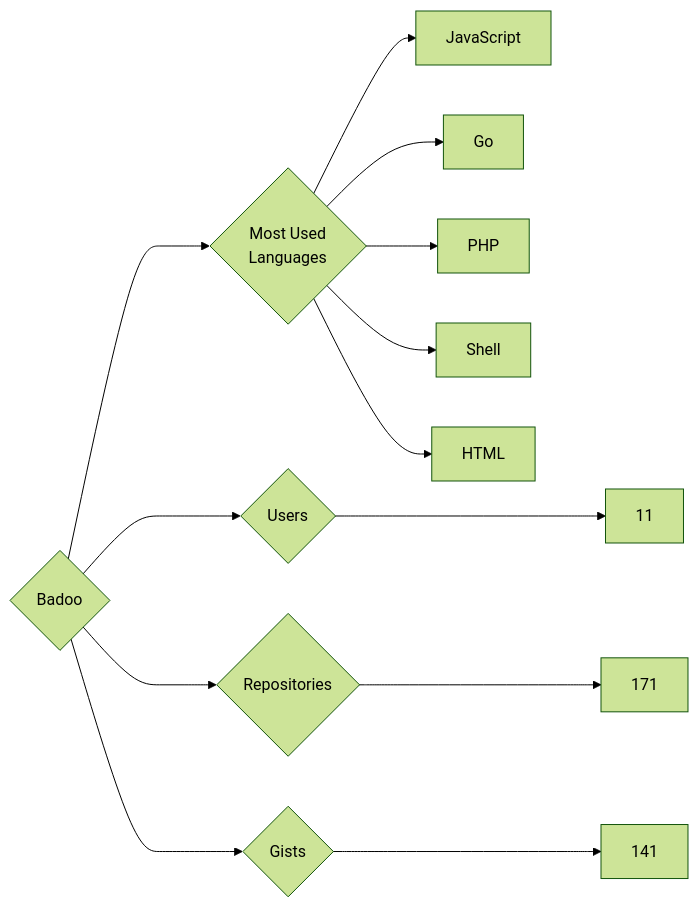
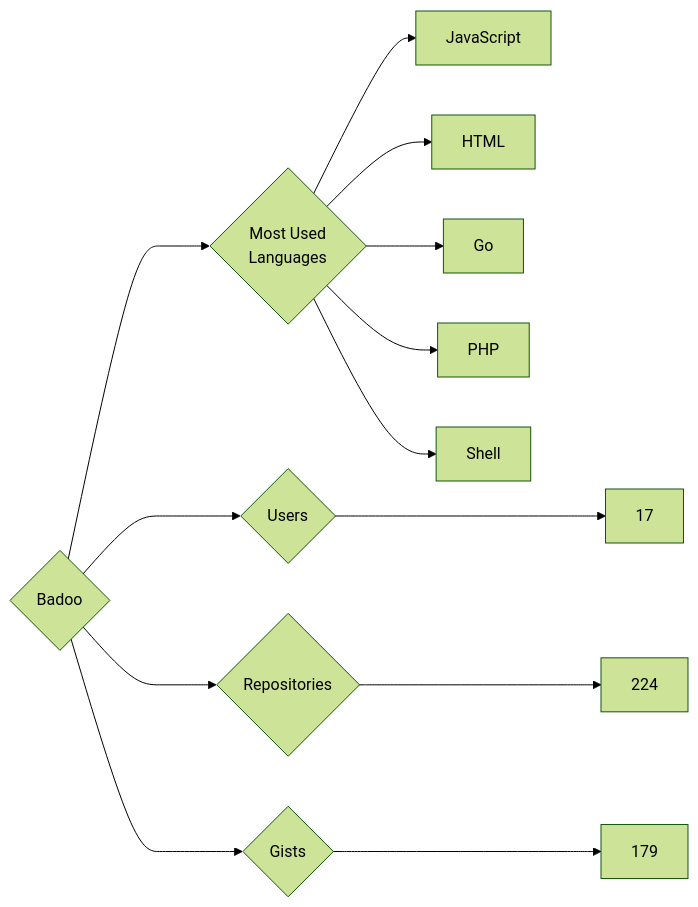
Before and after one commit to trickest/insiders: the diagram in targets/Badoo/README.md, drawn with Mermaid (forest theme). The commit also changed 914 other files, not shown here.

````diff
--- a/targets/Badoo/README.md
+++ b/targets/Badoo/README.md
@@ -3,13 +3,13 @@
 ```mermaid
 graph LR
 COMPANY_NAME{Badoo}
-COMPANY_NAME ---> U{Users} ---> UN[11]
-COMPANY_NAME ---> R{Repositories} ---> RN[171]
-COMPANY_NAME ---> G{Gists} ---> GN[141]
+COMPANY_NAME ---> U{Users} ---> UN[17]
+COMPANY_NAME ---> R{Repositories} ---> RN[224]
+COMPANY_NAME ---> G{Gists} ---> GN[179]
 COMPANY_NAME ---> ML{Most Used<br>Languages}
 ML --> JavaScript[JavaScript]
+ML --> HTML[HTML]
 ML --> Go[Go]
 ML --> PHP[PHP]
 ML --> Shell[Shell]
-ML --> HTML[HTML]
 ```
````
